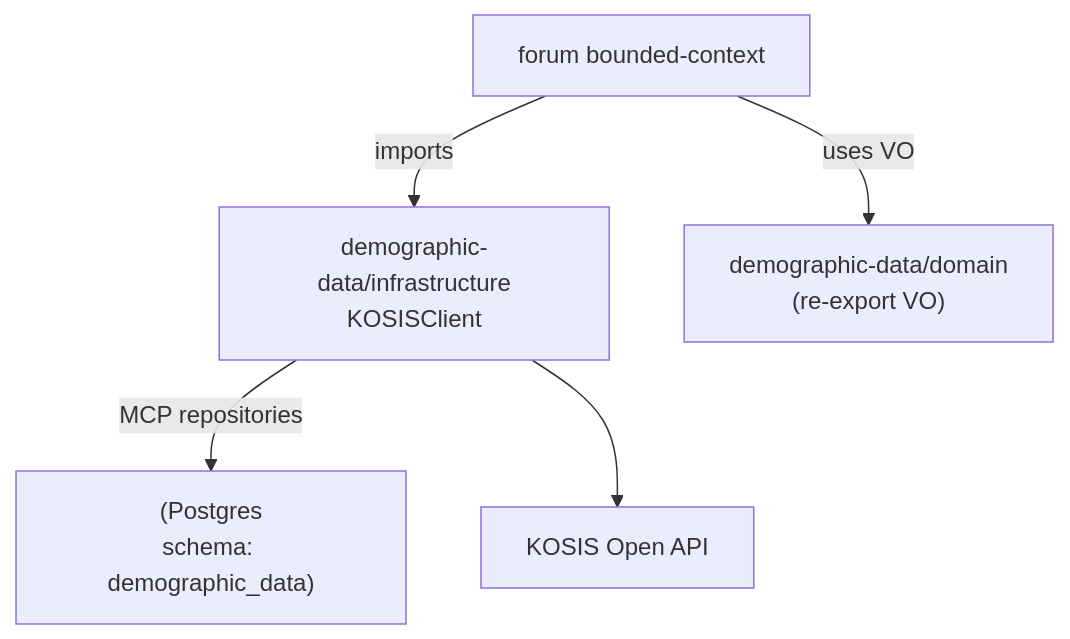
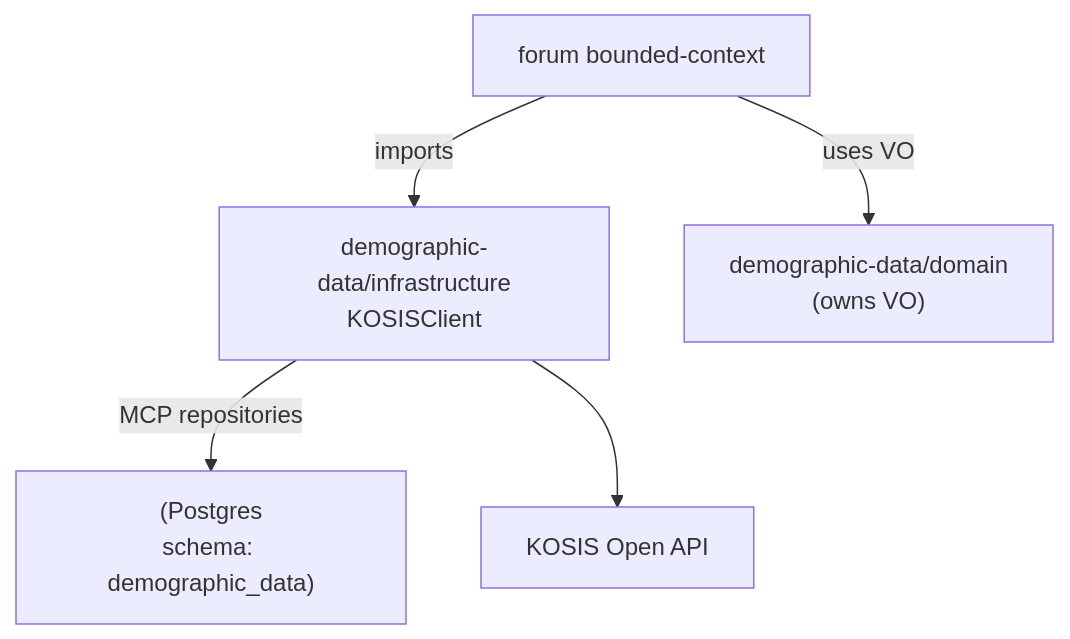
One commit to positivemultiplier/posmul changed the second of 2 diagrams in docs/explanation/demographic-data-domain.md. Above: the diagram before and after it, drawn with Mermaid. The commit also changed other lines of this file and 178 other files, not shown here.

````diff
--- a/docs/explanation/demographic-data-domain.md
+++ b/docs/explanation/demographic-data-domain.md
@@ -59,11 +67,11 @@
 ```mermaid
 graph TD
   Forum[forum bounded-context] -->|imports| DemoInfra[demographic-data/infrastructure
 KOSISClient]
   Forum -->|uses VO| DemoDomain["demographic-data/domain
-(re-export VO)"]
+(owns VO)"]
 
   DemoInfra -->|MCP repositories| DB["(Postgres
 schema: demographic_data)"]
   DemoInfra --> KOSIS[KOSIS Open API]
 ```
````
